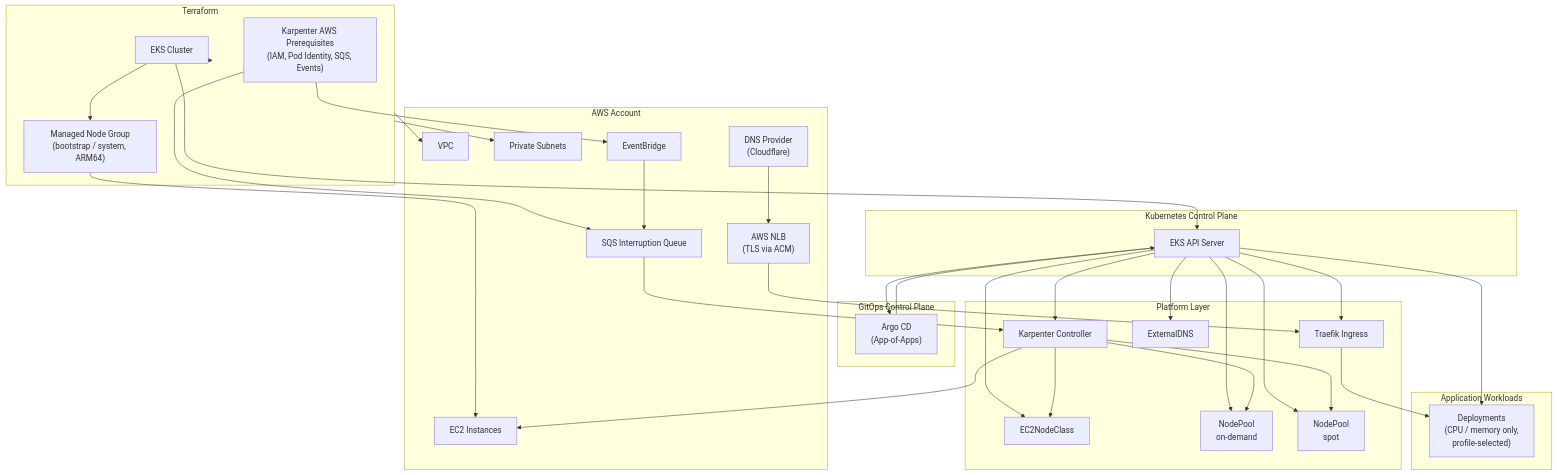
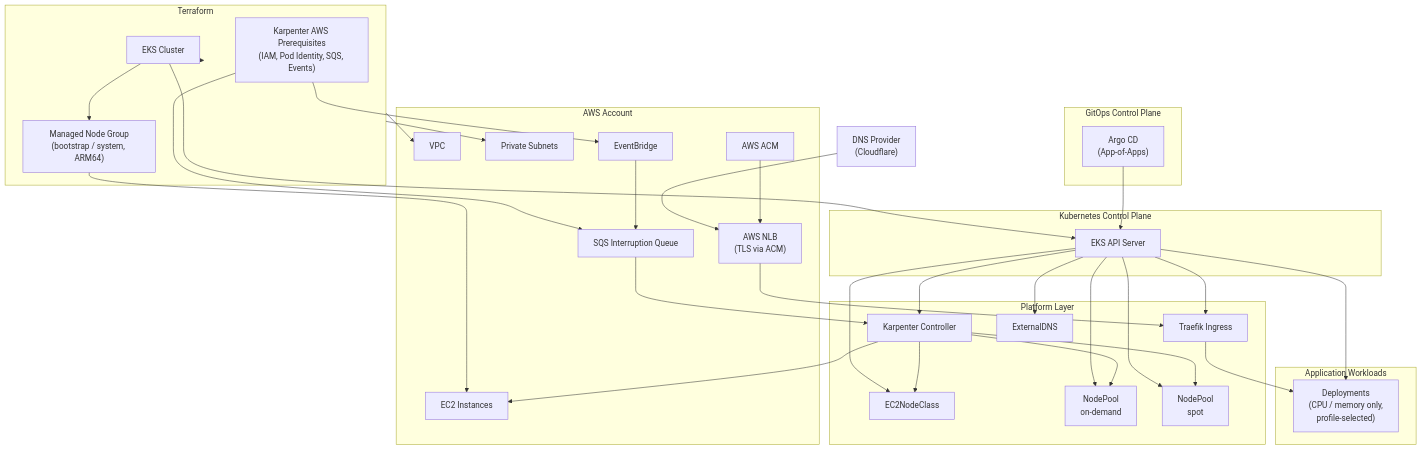
One commit to LaurisNeimanis/gitops-karpenter-platform changed the diagram in docs/architecture-diagram.mmd. Above: the diagram before and after it, drawn with Mermaid. The commit also changed 3 other files, not shown here.

```diff
--- a/docs/architecture-diagram.mmd
+++ b/docs/architecture-diagram.mmd
@@ -1,98 +1,103 @@
 flowchart TB
+    %% =========================
+    %% EXTERNAL
+    %% =========================
+    DNS["DNS Provider<br/>(Cloudflare)"]
+
     %% =========================
     %% AWS INFRASTRUCTURE LAYER
     %% =========================
     subgraph AWS["AWS Account"]
         VPC["VPC"]
         SUBNETS["Private Subnets"]
         EC2["EC2 Instances"]
         NLB["AWS NLB<br/>(TLS via ACM)"]
         SQS["SQS Interruption Queue"]
         EB["EventBridge"]
-        DNS["DNS Provider<br/>(Cloudflare)"]
+        ACM["AWS ACM"]
     end
 
     %% =========================
     %% TERRAFORM (INFRA + KARPENTER PREREQS)
     %% =========================
     subgraph TF["Terraform"]
         TF_EKS["EKS Cluster"]
         TF_MNG["Managed Node Group<br/>(bootstrap / system, ARM64)"]
         TF_KARP_AWS["Karpenter AWS Prerequisites<br/>(IAM, Pod Identity, SQS, Events)"]
     end
 
     %% =========================
     %% KUBERNETES CONTROL PLANE
     %% =========================
     subgraph K8S["Kubernetes Control Plane"]
         API["EKS API Server"]
     end
 
     %% =========================
     %% GITOPS CONTROL PLANE
     %% =========================
     subgraph GITOPS["GitOps Control Plane"]
         ARGO["Argo CD<br/>(App-of-Apps)"]
     end
 
     %% =========================
     %% PLATFORM LAYER
     %% =========================
     subgraph PLATFORM["Platform Layer"]
         KARP["Karpenter Controller"]
         EC2CLASS["EC2NodeClass"]
         NP_OND["NodePool<br/>on-demand"]
         NP_SPOT["NodePool<br/>spot"]
         TRAEFIK["Traefik Ingress"]
         EXTDNS["ExternalDNS"]
     end
 
     %% =========================
     %% WORKLOADS
     %% =========================
     subgraph WORKLOADS["Application Workloads"]
         APP["Deployments<br/>(CPU / memory only,<br/>profile-selected)"]
     end
 
     %% =========================
     %% RELATIONSHIPS
     %% =========================
 
-    %% Terraform → AWS
+    %% Terraform provisioning
     TF --> VPC
     TF --> SUBNETS
     TF --> TF_EKS
     TF_EKS --> TF_MNG
     TF_MNG --> EC2
 
     TF_KARP_AWS --> SQS
     TF_KARP_AWS --> EB
     EB --> SQS
 
     %% EKS control plane
     TF_EKS --> API
-    API --> ARGO
 
     %% GitOps reconciliation
     ARGO --> API
 
-    %% Platform resources via API
+    %% Platform objects via API
     API --> KARP
     API --> EC2CLASS
     API --> NP_OND
     API --> NP_SPOT
     API --> TRAEFIK
     API --> EXTDNS
     API --> APP
 
     %% Karpenter behavior
     KARP --> EC2CLASS
     KARP --> NP_OND
     KARP --> NP_SPOT
     KARP --> EC2
     SQS --> KARP
 
-    %% Traffic flow
+    %% Traffic & TLS
     DNS --> NLB
+    ACM --> NLB
     NLB --> TRAEFIK
     TRAEFIK --> APP
```
